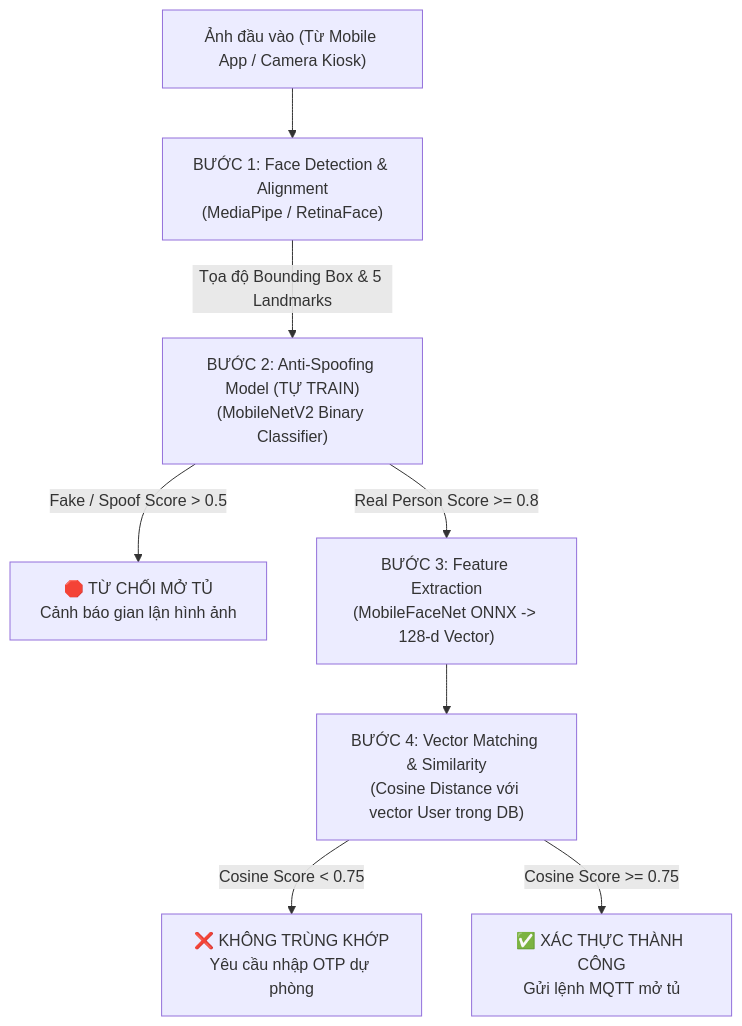
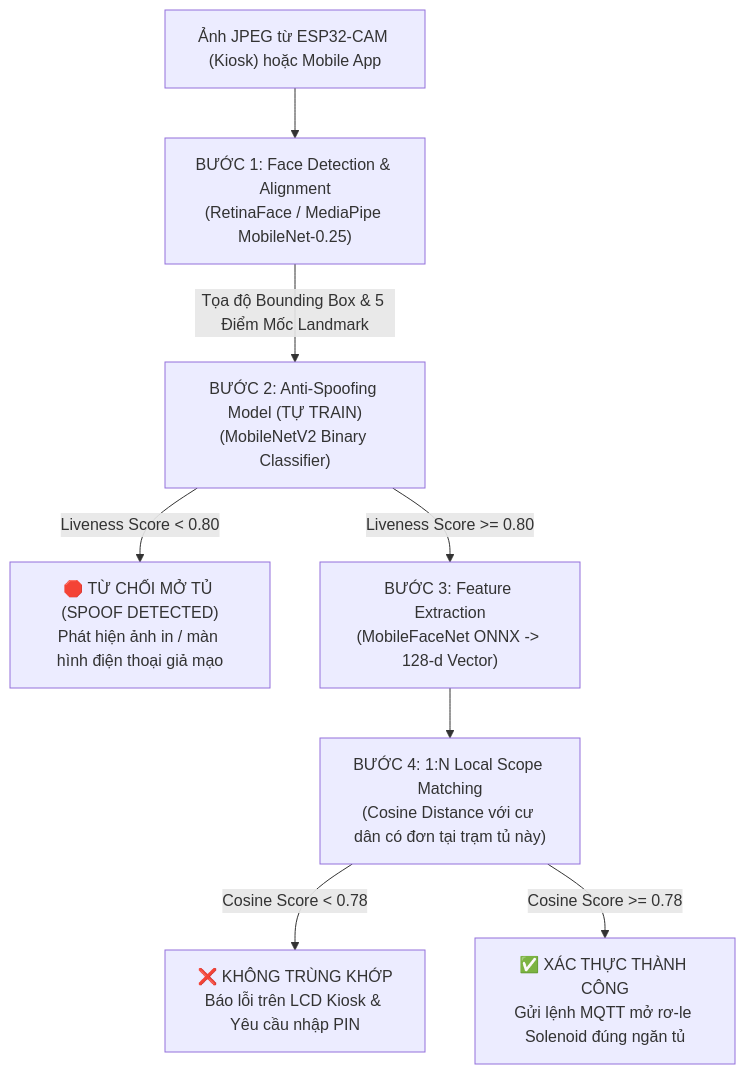
Before and after one commit to xuanphat0505/smart-locker-server: the first of 3 diagrams in src/docs/ai_face_verification_specification.md, drawn with Mermaid. The commit also changed other lines of this file and 37 other files, not shown here.

Commit message:
feat(ai): integrate AI face verification and anti-spoofing system (#16)

````diff
--- a/src/docs/ai_face_verification_specification.md
+++ b/src/docs/ai_face_verification_specification.md
@@ -24,14 +29,14 @@
 ```mermaid
 graph TD
-    A["Ảnh đầu vào (Từ Mobile App / Camera Kiosk)"] --> B["BƯỚC 1: Face Detection & Alignment<br/>(MediaPipe / RetinaFace)"]
-    B -->|Tọa độ Bounding Box & 5 Landmarks| C["BƯỚC 2: Anti-Spoofing Model (TỰ TRAIN)<br/>(MobileNetV2 Binary Classifier)"]
+    A["Ảnh JPEG từ ESP32-CAM (Kiosk) hoặc Mobile App"] --> B["BƯỚC 1: Face Detection & Alignment<br/>(RetinaFace / MediaPipe MobileNet-0.25)"]
+    B -->|Tọa độ Bounding Box & 5 Điểm Mốc Landmark| C["BƯỚC 2: Anti-Spoofing Model (TỰ TRAIN)<br/>(MobileNetV2 Binary Classifier)"]
     
-    C -->|Fake / Spoof Score > 0.5| D["🛑 TỪ CHỐI MỞ TỦ<br/>Cảnh báo gian lận hình ảnh"]
+    C -->|Liveness Score < 0.80| D["🛑 TỪ CHỐI MỞ TỦ (SPOOF DETECTED)<br/>Phát hiện ảnh in / màn hình điện thoại giả mạo"]
     
-    C -->|Real Person Score >= 0.8| E["BƯỚC 3: Feature Extraction<br/>(MobileFaceNet ONNX -> 128-d Vector)"]
+    C -->|Liveness Score >= 0.80| E["BƯỚC 3: Feature Extraction<br/>(MobileFaceNet ONNX -> 128-d Vector)"]
     
-    E --> F["BƯỚC 4: Vector Matching & Similarity<br/>(Cosine Distance với vector User trong DB)"]
+    E --> F["BƯỚC 4: 1:N Local Scope Matching<br/>(Cosine Distance với cư dân có đơn tại trạm tủ này)"]
     
-    F -->|Cosine Score < 0.75| G["❌ KHÔNG TRÙNG KHỚP<br/>Yêu cầu nhập OTP dự phòng"]
-    F -->|Cosine Score >= 0.75| H["✅ XÁC THỰC THÀNH CÔNG<br/>Gửi lệnh MQTT mở tủ"]
+    F -->|Cosine Score < 0.78| G["❌ KHÔNG TRÙNG KHỚP<br/>Báo lỗi trên LCD Kiosk & Yêu cầu nhập PIN"]
+    F -->|Cosine Score >= 0.78| H["✅ XÁC THỰC THÀNH CÔNG<br/>Gửi lệnh MQTT mở rơ-le Solenoid đúng ngăn tủ"]
 ```
````
